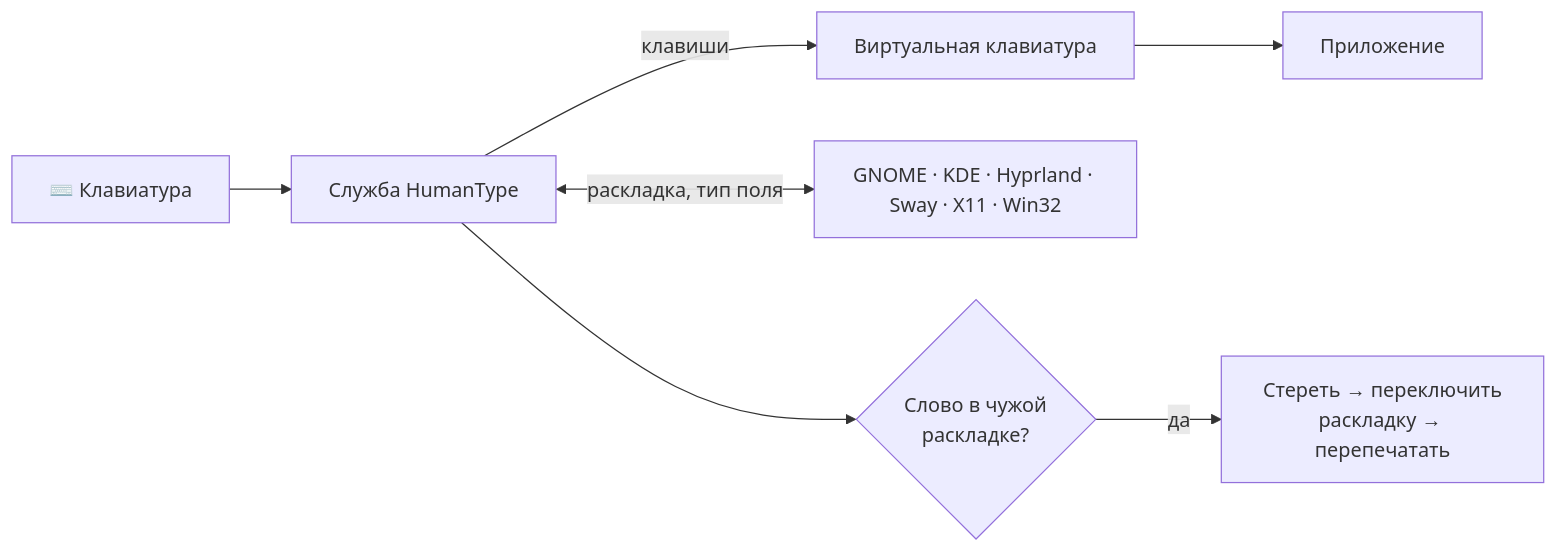
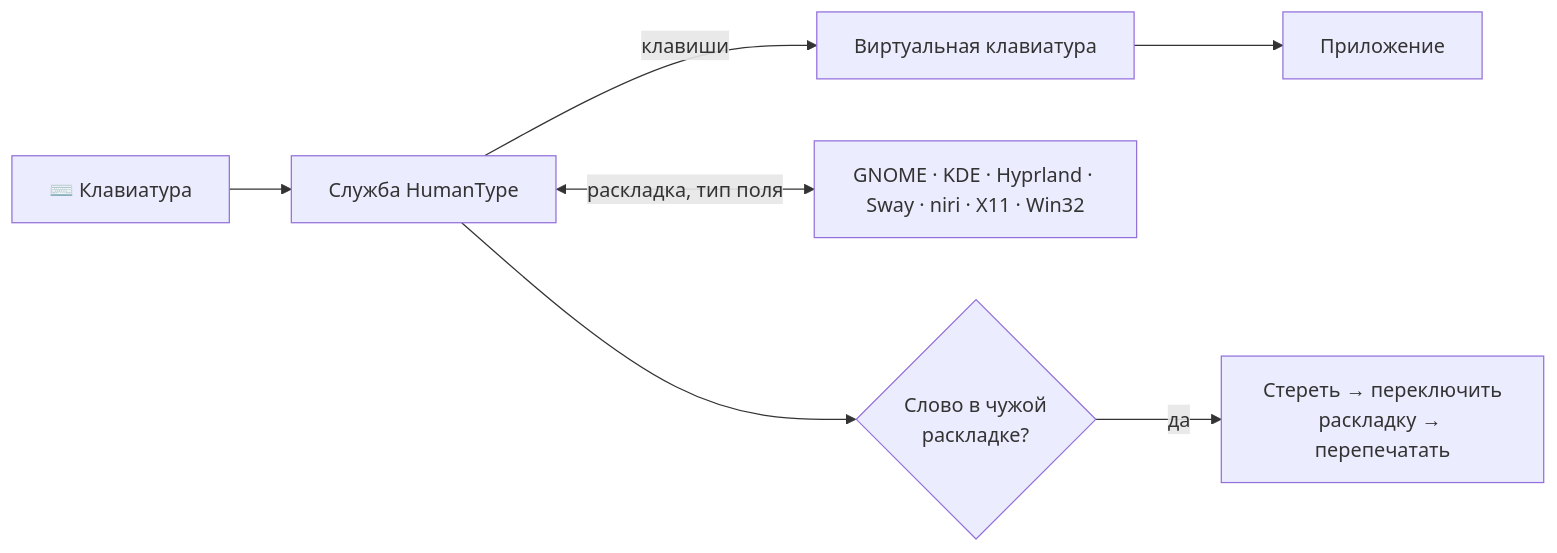
Before and after one commit to Ms0Skrin/HumanType: the diagram in README.md, drawn with Mermaid. The commit also changed other lines of this file and 7 other files, not shown here.

````diff
--- a/README.md
+++ b/README.md
@@ -130,8 +132,8 @@
 ```mermaid
 flowchart LR
     K[⌨️ Клавиатура] --> D[Служба HumanType]
     D -- клавиши --> T[Виртуальная клавиатура] --> A[Приложение]
-    D <-- раскладка, тип поля --> S[GNOME · KDE · Hyprland · Sway · X11 · Win32]
+    D <-- раскладка, тип поля --> S[GNOME · KDE · Hyprland · Sway · niri · X11 · Win32]
     D --> E{Слово в чужой<br>раскладке?}
     E -- да --> F[Стереть → переключить<br>раскладку → перепечатать]
 ```
````
